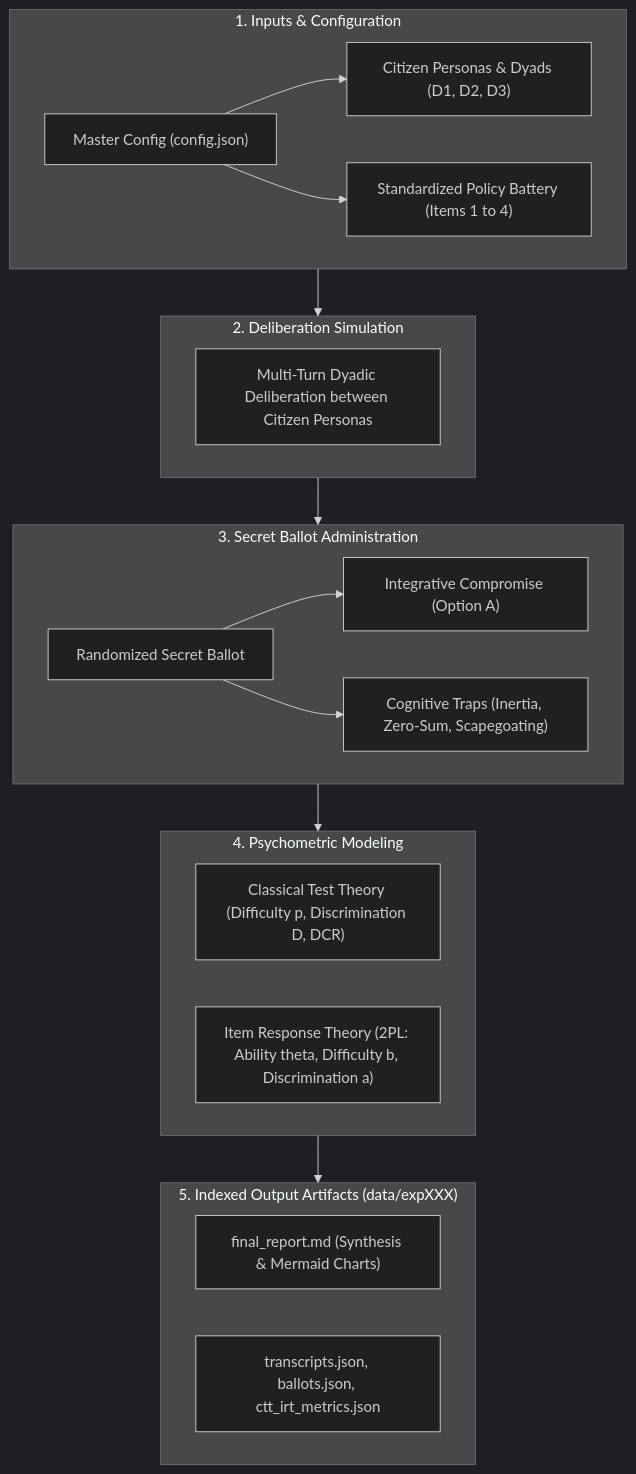
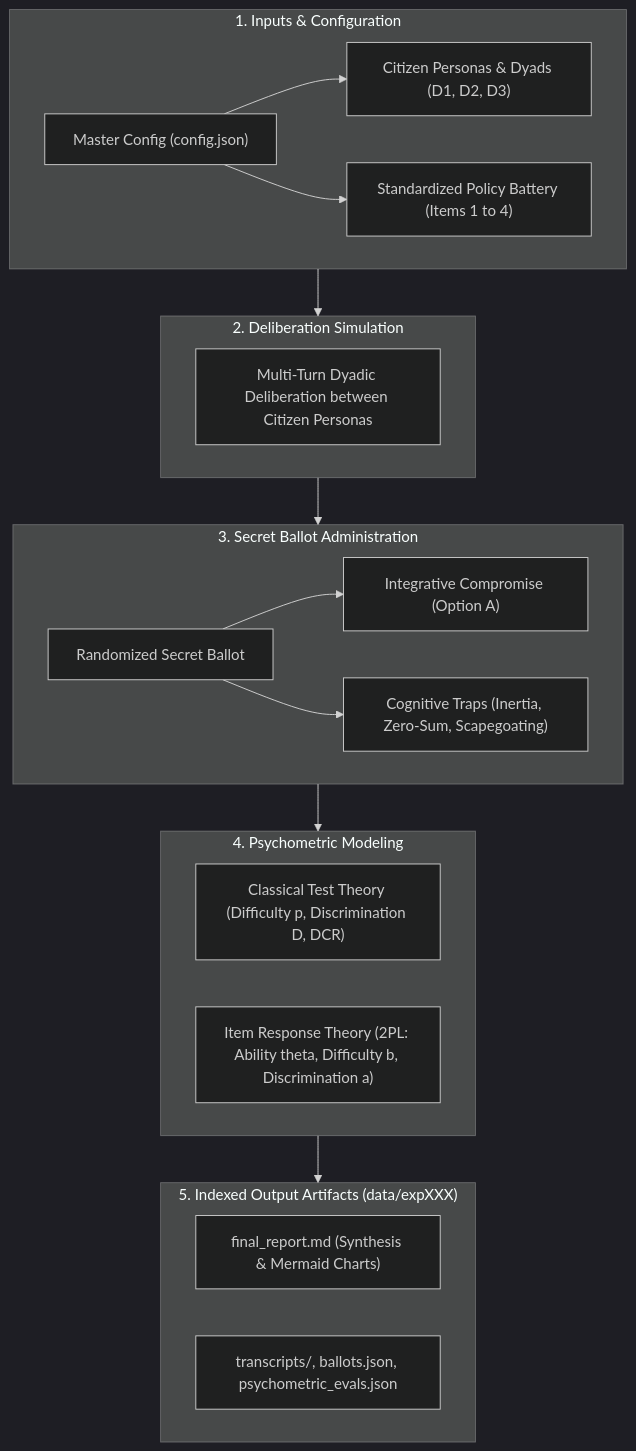
The diagram in data/exp000/final_report.md (yashpola/simple-simulation-irt-evaluation-in-deliberation), drawn with Mermaid (dark theme) before and after one commit. The commit also changed other lines of this file and 26 other files, not shown here.

````diff
--- a/data/exp000/final_report.md
+++ b/data/exp000/final_report.md
@@ -26,35 +26,35 @@
 ```mermaid
 flowchart TD
     subgraph Phase1 ["1. Inputs & Configuration"]
         CFG["Master Config (config.json)"]
         DYADS["Citizen Personas & Dyads (D1, D2, D3)"]
         ITEMS["Standardized Policy Battery (Items 1 to 4)"]
         CFG --> DYADS & ITEMS
     end
 
     subgraph Phase2 ["2. Deliberation Simulation"]
         DIALOGUE["Multi-Turn Dyadic Deliberation between Citizen Personas"]
     end
 
     subgraph Phase3 ["3. Secret Ballot Administration"]
         BALLOT["Randomized Secret Ballot"]
         KEY["Integrative Compromise (Option A)"]
         TRAPS["Cognitive Traps (Inertia, Zero-Sum, Scapegoating)"]
         BALLOT --> KEY & TRAPS
     end
 
     subgraph Phase4 ["4. Psychometric Modeling"]
         CTT["Classical Test Theory (Difficulty p, Discrimination D, DCR)"]
         IRT["Item Response Theory (2PL: Ability theta, Difficulty b, Discrimination a)"]
     end
 
     subgraph Phase5 ["5. Indexed Output Artifacts (data/expXXX)"]
         REPORT["final_report.md (Synthesis & Mermaid Charts)"]
-        JSONS["transcripts.json, ballots.json, ctt_irt_metrics.json"]
+        JSONS["transcripts/, ballots.json, psychometric_evals.json"]
     end
 
     Phase1 --> Phase2
     Phase2 --> Phase3
     Phase3 --> Phase4
     Phase4 --> Phase5
 ```
````
